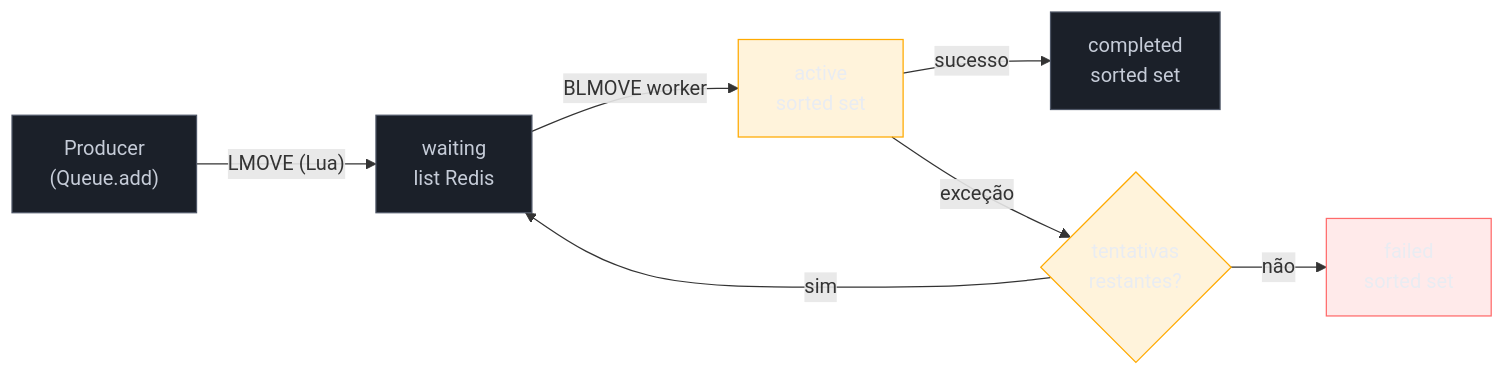
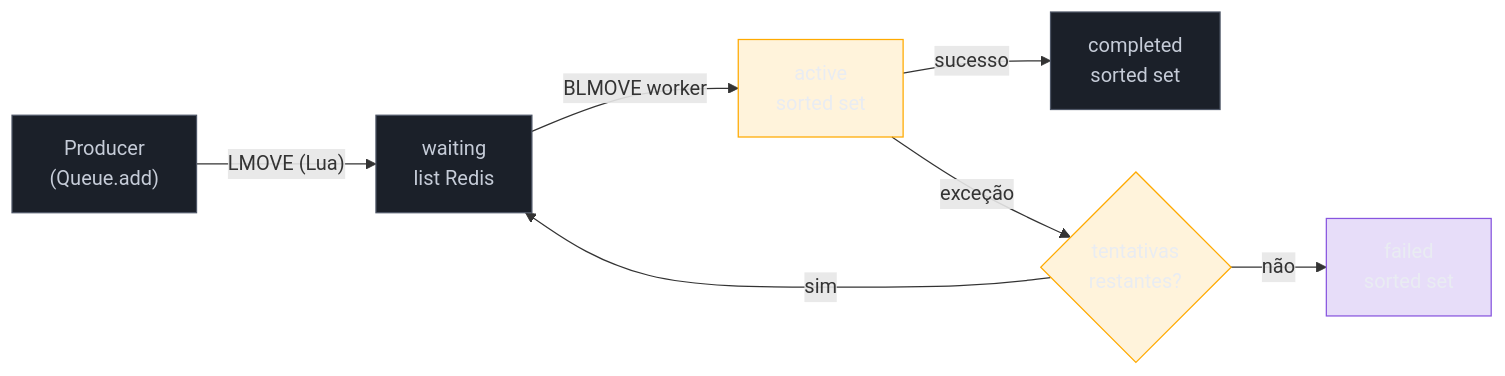
The diagram in 03-Dominios/Tecnologia/Node/Integrações/03 - BullMQ - filas de tarefas.md (josenaldo/codex-technomanticus), drawn with Mermaid before and after one commit. The commit also changed 601 other files, not shown here.

````diff
--- a/03-Dominios/Tecnologia/Node/Integrações/03 - BullMQ - filas de tarefas.md
+++ b/03-Dominios/Tecnologia/Node/Integrações/03 - BullMQ - filas de tarefas.md
@@ -35,19 +35,19 @@
 ```mermaid
 flowchart LR
+    classDef marca fill:#8855DF33,stroke:#8855DF,color:#E9ECF2
     classDef neutro fill:#1B2029,stroke:#4E5666,color:#C6CCD8
     classDef destaque fill:#FFAA0024,stroke:#FFAA00,color:#E9ECF2
-    classDef falha fill:#FF6B6B24,stroke:#FF6B6B,color:#E9ECF2
     P["Producer\n(Queue.add)"] -->|"LMOVE (Lua)"| W["waiting\nlist Redis"]
     W -->|"BLMOVE worker"| A["active\nsorted set"]
     A -->|"sucesso"| C["completed\nsorted set"]
     A -->|"exceção"| F{"tentativas\nrestantes?"}
     F -->|"sim"| W
     F -->|"não"| DL["failed\nsorted set"]
 
     class P neutro
     class W neutro
     class A destaque
     class C neutro
     class F destaque
-    class DL falha
+    class DL marca
 ```
````
